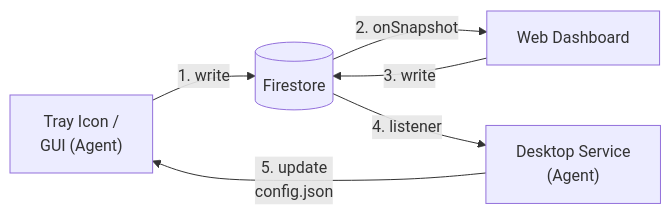
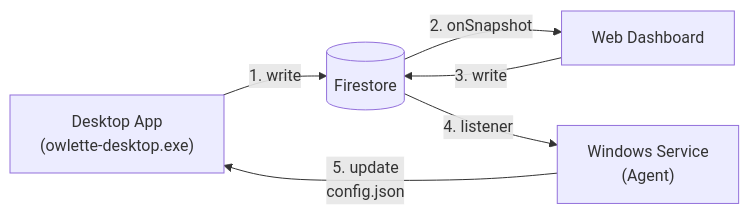
The fourth of 10 diagrams in web/content/docs/architecture.mdx (theexperiential/owlette), drawn with Mermaid before and after one commit. The commit also changed other lines of this file and 27 other files, not shown here.

````diff
--- a/web/content/docs/architecture.mdx
+++ b/web/content/docs/architecture.mdx
@@ -157,8 +157,8 @@
 ```mermaid
 flowchart LR
-    GUI["Tray Icon /\nGUI (Agent)"] -->|"1. write"| FS[("Firestore")]
+    App["Desktop App\n(owlette-desktop.exe)"] -->|"1. write"| FS[("Firestore")]
     FS -->|"2. onSnapshot"| Dashboard["Web Dashboard"]
     Dashboard -->|"3. write"| FS
-    FS -->|"4. listener"| Agent["Desktop Service\n(Agent)"]
-    Agent -->|"5. update\nconfig.json"| GUI
+    FS -->|"4. listener"| Agent["Windows Service\n(Agent)"]
+    Agent -->|"5. update\nconfig.json"| App
 ```
````
